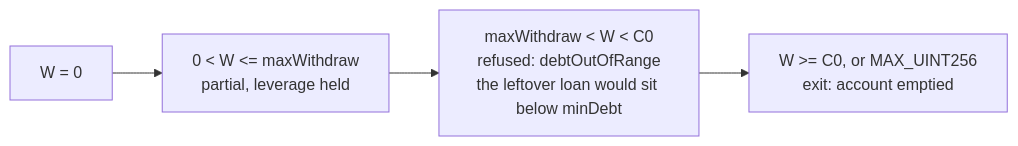
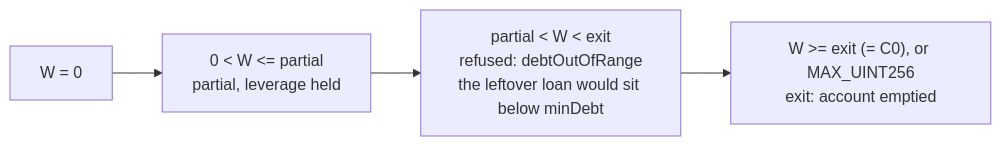
Before and after one commit to Gearbox-protocol/sdk: the first of 5 diagrams in docs/intents/withdraw.md, drawn with Mermaid. The commit also changed other lines of this file and 9 other files, not shown here.

Commit message:
fix: max withdraw return type

````diff
--- a/docs/intents/withdraw.md
+++ b/docs/intents/withdraw.md
@@ -26,6 +27,6 @@
 ```mermaid
 flowchart LR
-  z["W = 0"] --> a["0 < W <= maxWithdraw<br/>partial, leverage held"]
-  a --> b["maxWithdraw < W < C0<br/>refused: debtOutOfRange<br/>the leftover loan would sit below minDebt"]
-  b --> c["W >= C0, or MAX_UINT256<br/>exit: account emptied"]
+  z["W = 0"] --> a["0 < W <= partial<br/>partial, leverage held"]
+  a --> b["partial < W < exit<br/>refused: debtOutOfRange<br/>the leftover loan would sit below minDebt"]
+  b --> c["W >= exit (= C0), or MAX_UINT256<br/>exit: account emptied"]
 ```
````
